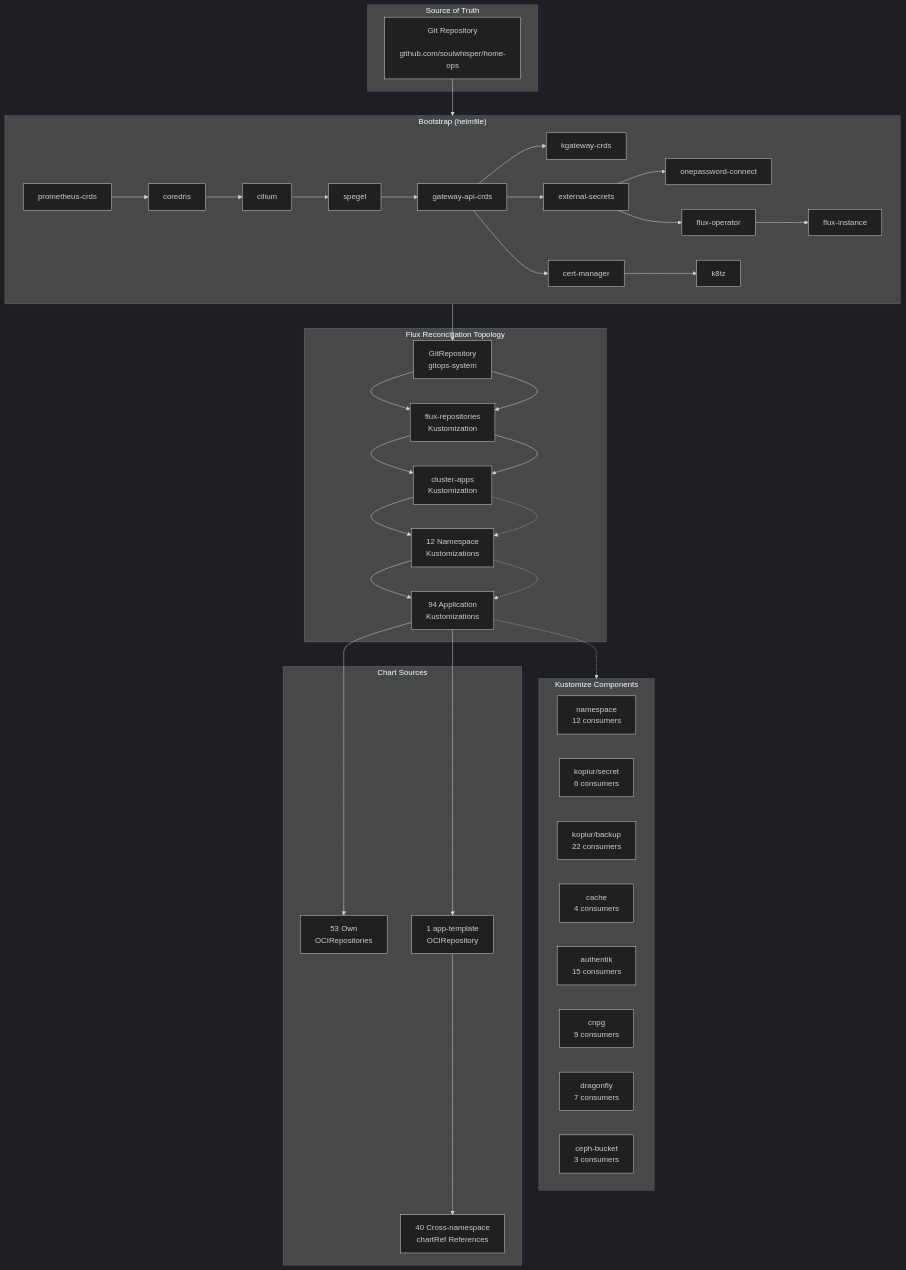
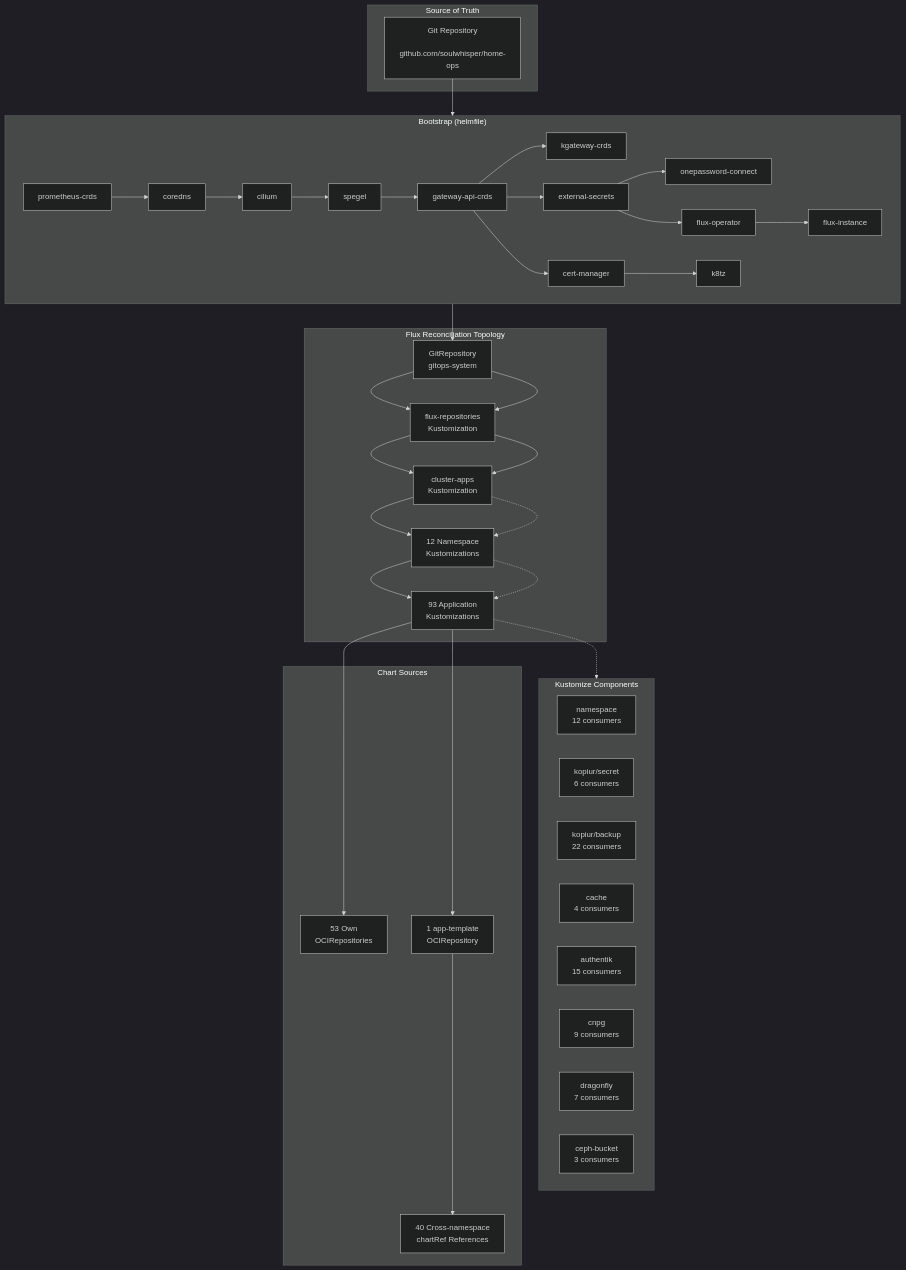
Before and after one commit to soulwhisper/home-ops: the diagram in docs/infrastructure/kubernetes.md, drawn with Mermaid (dark theme). The commit also changed other lines of this file and 56 other files, not shown here.

````diff
--- a/docs/infrastructure/kubernetes.md
+++ b/docs/infrastructure/kubernetes.md
@@ -12,73 +12,73 @@
 ```mermaid
 flowchart TB
     subgraph Source["Source of Truth"]
         GIT["Git Repository
         github.com/soulwhisper/home-ops"]
     end
 
     subgraph Bootstrap["Bootstrap (helmfile)"]
         direction LR
         B1["prometheus-crds"] --> B2["coredns"]
         B2 --> B3["cilium"]
         B3 --> B4["spegel"]
         B4 --> B5["gateway-api-crds"]
         B5 --> B6["kgateway-crds"]
         B5 --> B7["external-secrets"]
         B5 --> B8["cert-manager"]
         B7 --> B9["onepassword-connect"]
         B8 --> B10["k8tz"]
         B7 --> B11["flux-operator"]
         B11 --> B12["flux-instance"]
     end
 
     subgraph FluxTopo["Flux Reconciliation Topology"]
         GR["GitRepository
         gitops-system"] --> FR["flux-repositories
         Kustomization"]
         FR --> CA["cluster-apps
         Kustomization"]
         CA --> NS["12 Namespace
         Kustomizations"]
-        NS --> APPS["94 Application
+        NS --> APPS["93 Application
         Kustomizations"]
     end
 
     subgraph Components["Kustomize Components"]
         NS_COMP["namespace
         12 consumers"]
         KOPIUR_SECRET["kopiur/secret
         6 consumers"]
         KOPIUR_BACKUP["kopiur/backup
         22 consumers"]
         CACHE["cache
         4 consumers"]
         AUTHENTIK["authentik
         15 consumers"]
         CNPG["cnpg
         9 consumers"]
         DRAGONFLY["dragonfly
         7 consumers"]
         CEPH["ceph-bucket
         3 consumers"]
     end
 
     subgraph Charts["Chart Sources"]
         OCI_OWN["53 Own
         OCIRepositories"]
         OCI_TPL["1 app-template
         OCIRepository"]
         CROSS["40 Cross-namespace
         chartRef References"]
     end
 
     GIT --> Bootstrap
     Bootstrap --> GR
     GR --> FR
     FR --> CA
     CA -.-> NS
     NS -.-> APPS
     APPS -.-> Components
     APPS --> OCI_OWN
     APPS --> OCI_TPL
     OCI_TPL --> CROSS
 ```
````
